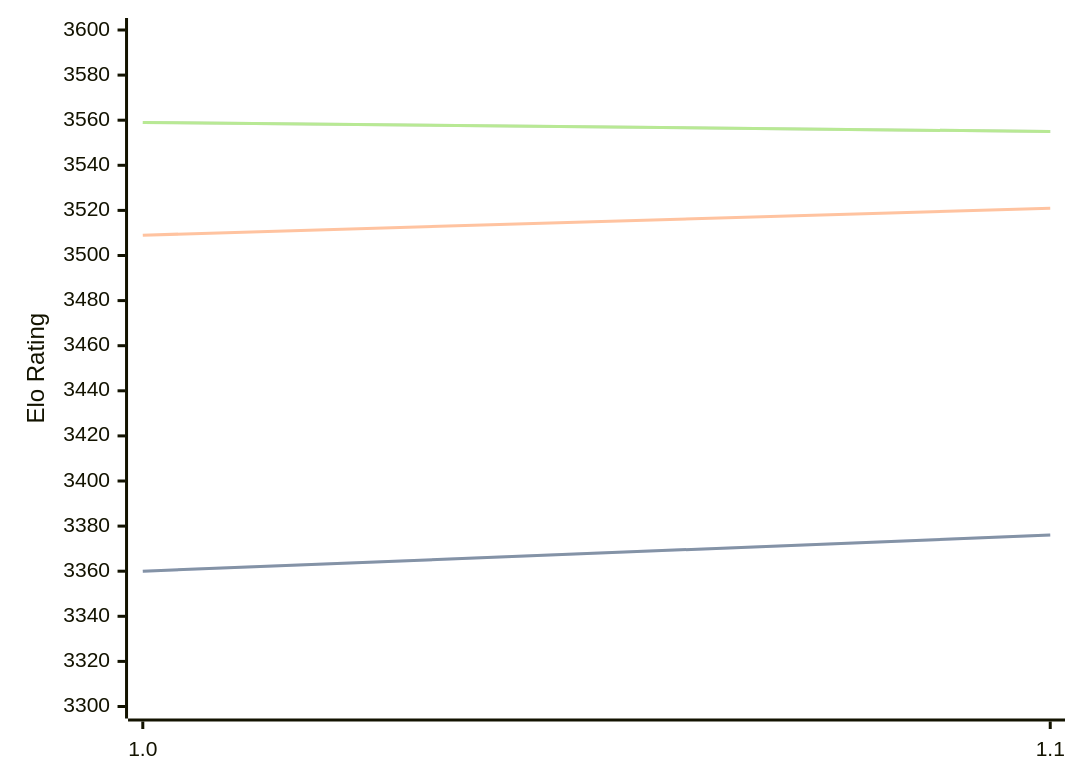
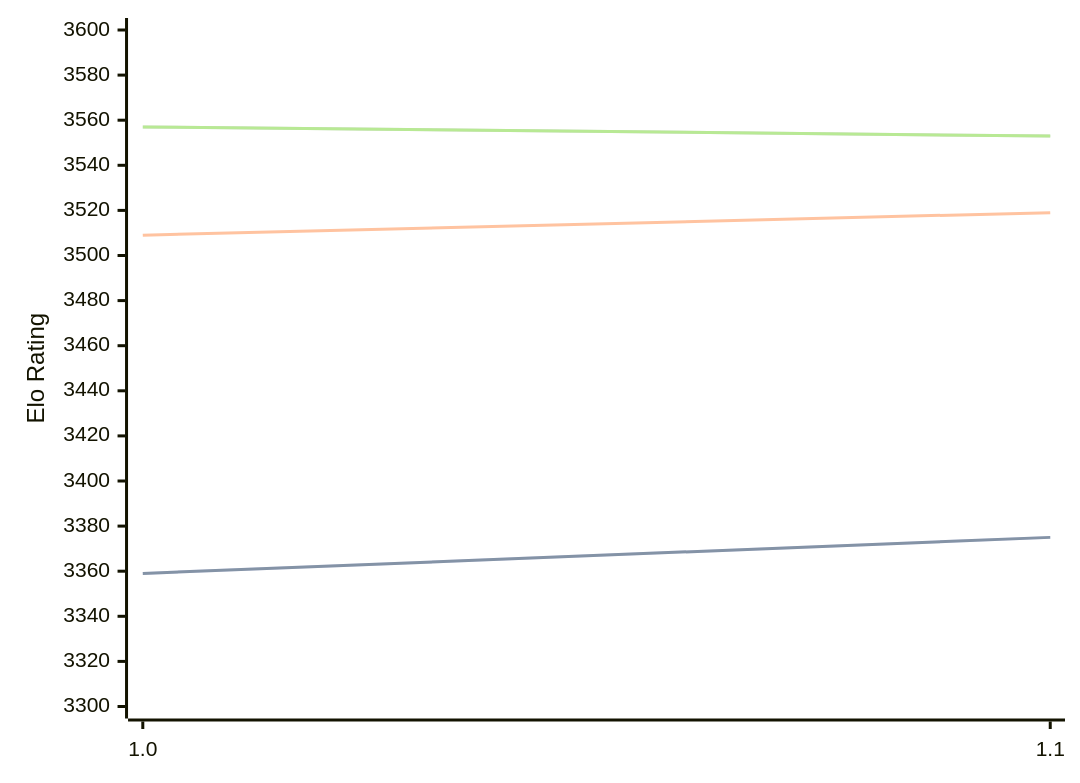
The diagram in engines/Horsie.md (computer-chess-index/cci), drawn with Mermaid before and after one commit. The commit also changed other lines of this file, not shown here.

Commit message:
Update CCI Ratings (ELO VLTC) - 2026-03-23

````diff
--- a/engines/Horsie.md
+++ b/engines/Horsie.md
@@ -32,11 +32,11 @@
 ```mermaid
 %%{init: {"theme":"base","themeVariables":{"seriesColors:['#a3a3a3','#222221','#faa371']}}}%%
 xychart-beta
   x-axis ["1.0", "1.1"]
   y-axis "Elo Rating" 3300 --> 3600
-  line "STC (8.0+0.08s)" [3360, 3376]
-  line "STC (8.0+0.08s)" [3360, 3376]
-  line "LTC (60.0+0.60s)" [3509, 3521]
-  line "VLTC (2m24s+1.12s)" [3559, 3555]
-  line "VLTC (2m24s+1.12s)" [3559, 3555]
+  line "STC (8.0+0.08s)" [3359, 3375]
+  line "STC (8.0+0.08s)" [3359, 3375]
+  line "LTC (60.0+0.60s)" [3509, 3519]
+  line "VLTC (2m24s+1.12s)" [3557, 3553]
+  line "VLTC (2m24s+1.12s)" [3557, 3553]
 ```
````
